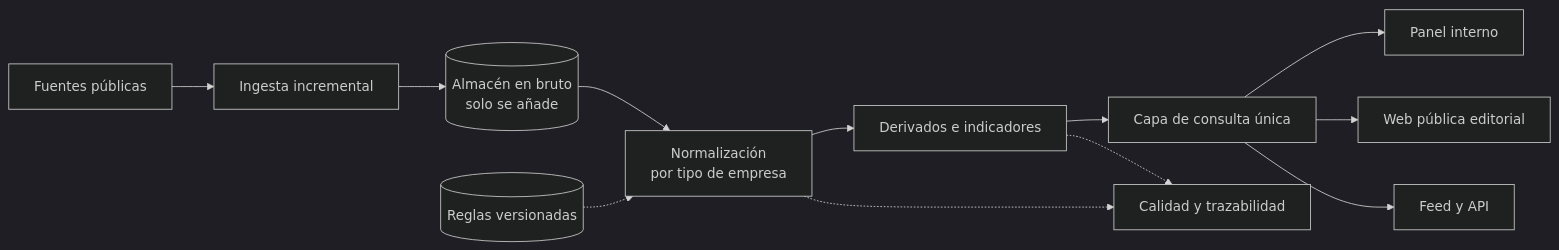
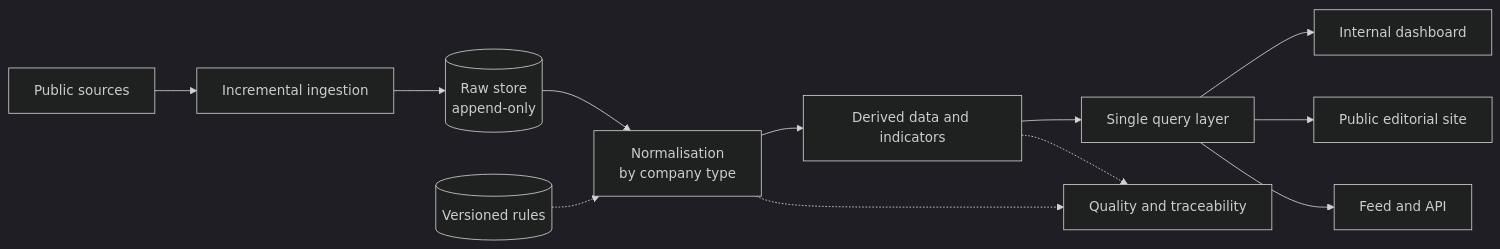
One commit to reMantiX2/engineering-portfolio changed the diagram in financial-data-hub/README.md. Above: the diagram before and after it, drawn with Mermaid (dark theme). The commit also changed other lines of this file and 19 other files, not shown here.

````diff
--- a/financial-data-hub/README.md
+++ b/financial-data-hub/README.md
@@ -40,14 +42,14 @@
 ```mermaid
 graph LR
-    SRC[Fuentes públicas] --> ING[Ingesta incremental]
-    ING --> RAW[(Almacén en bruto<br/>solo se añade)]
-    RAW --> NORM[Normalización<br/>por tipo de empresa]
-    RULES[(Reglas versionadas)] -.-> NORM
-    NORM --> DER[Derivados e indicadores]
-    DER --> Q[Capa de consulta única]
-    NORM -.-> QA[Calidad y trazabilidad]
+    SRC[Public sources] --> ING[Incremental ingestion]
+    ING --> RAW[(Raw store<br/>append-only)]
+    RAW --> NORM[Normalisation<br/>by company type]
+    RULES[(Versioned rules)] -.-> NORM
+    NORM --> DER[Derived data and indicators]
+    DER --> Q[Single query layer]
+    NORM -.-> QA[Quality and traceability]
     DER -.-> QA
-    Q --> PAN[Panel interno]
-    Q --> WEB[Web pública editorial]
-    Q --> API[Feed y API]
+    Q --> PAN[Internal dashboard]
+    Q --> WEB[Public editorial site]
+    Q --> API[Feed and API]
 ```
````
